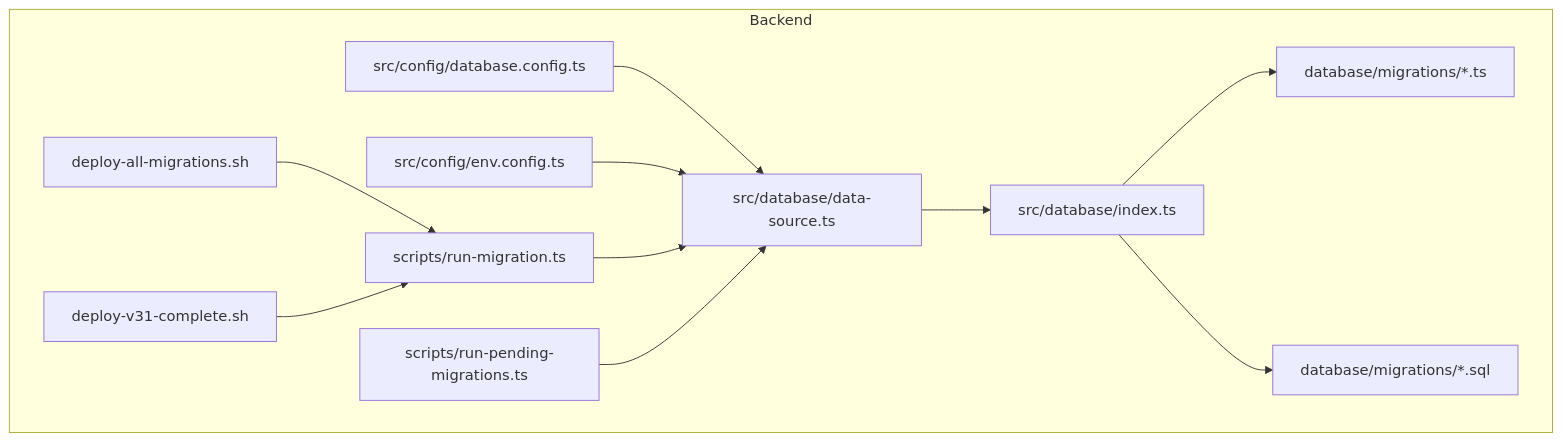
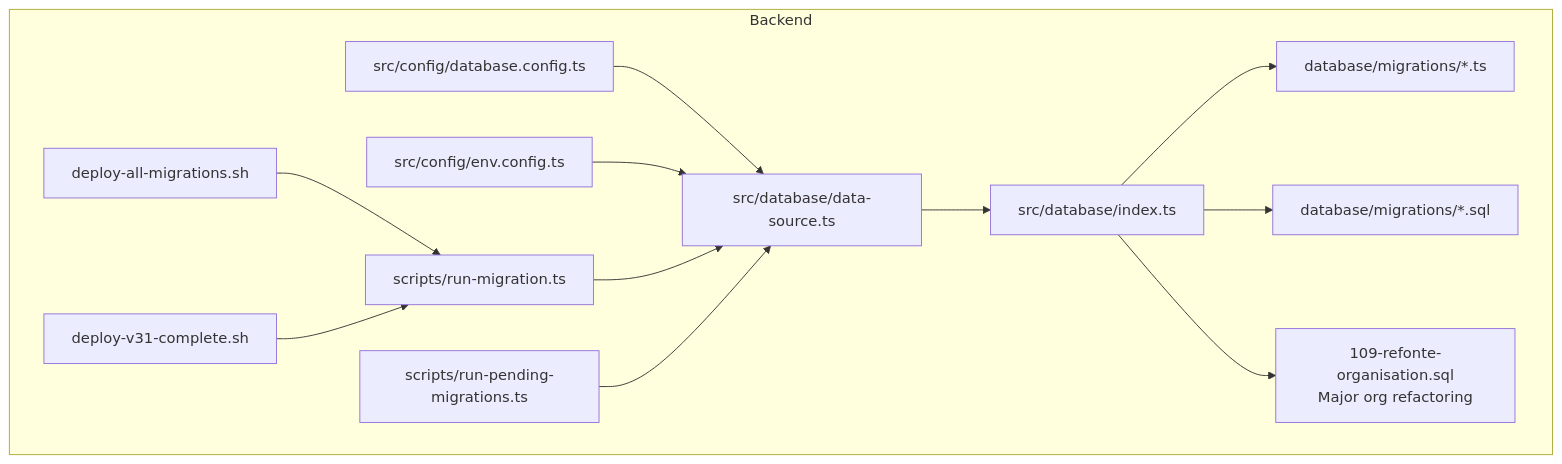
One commit to franckylab/eLISAschool changed the first of 4 diagrams in .qoder/repowiki/en/content/System Architecture/Database Architecture/Database Migrations & Version Control.md. Above: the diagram before and after it, drawn with Mermaid. The commit also changed other lines of this file and 483 other files, not shown here.

````diff
--- a/.qoder/repowiki/en/content/System Architecture/Database Architecture/Database Migrations & Version Control.md
+++ b/.qoder/repowiki/en/content/System Architecture/Database Architecture/Database Migrations & Version Control.md
@@ -47,24 +56,26 @@
 ```mermaid
 graph TB
 subgraph "Backend"
 A["src/config/database.config.ts"]
 B["src/config/env.config.ts"]
 C["src/database/data-source.ts"]
 D["src/database/index.ts"]
 E["database/migrations/*.ts"]
 F["database/migrations/*.sql"]
 G["scripts/run-migration.ts"]
 H["scripts/run-pending-migrations.ts"]
 I["deploy-all-migrations.sh"]
 J["deploy-v31-complete.sh"]
+K["109-refonte-organisation.sql<br/>Major org refactoring"]
 end
 A --> C
 B --> C
 C --> D
 D --> E
 D --> F
+D --> K
 G --> C
 H --> C
 I --> G
 J --> G
 ```
````
